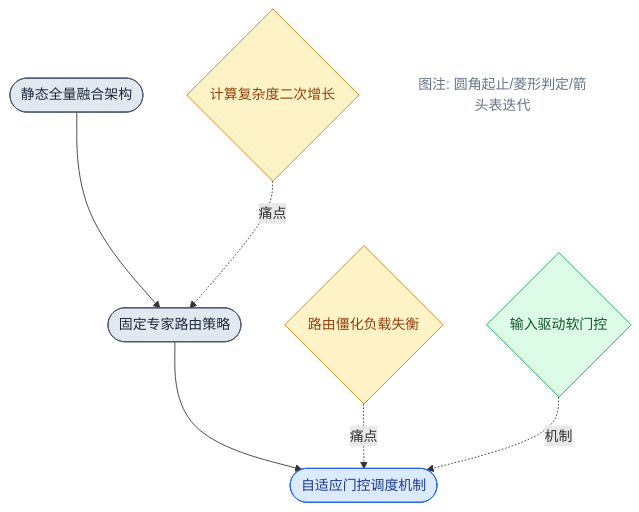
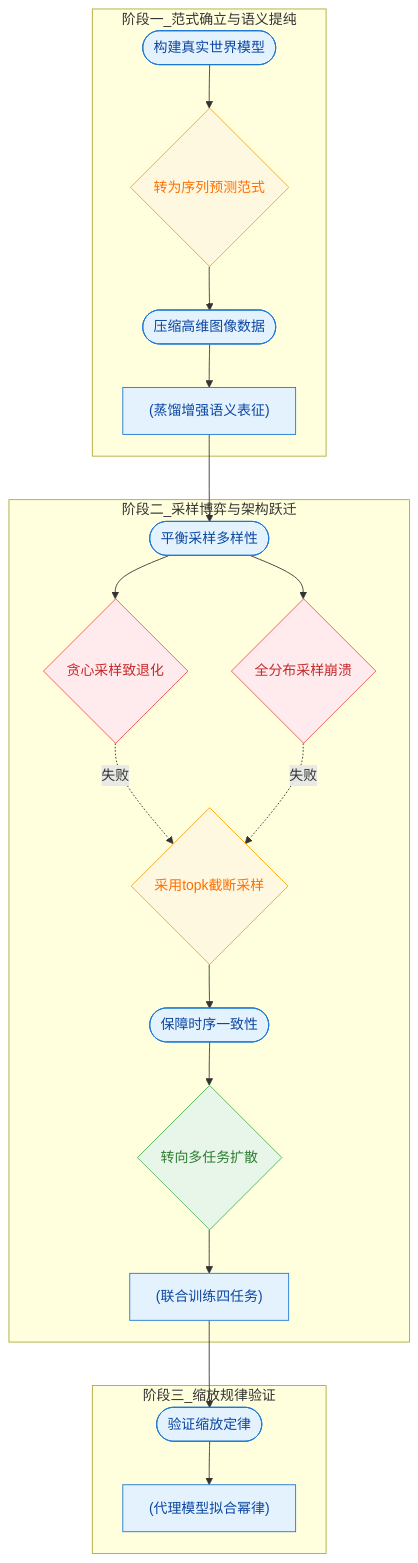
One commit to ShinewineW/paper-rolling changed the eighth of 11 diagrams in person_vault/2026-06-08_GAIA1_2309.17080/report.md. Above: the diagram before and after it, drawn with Mermaid. The commit also changed other lines of this file and 51 other files, not shown here.

````diff
--- a/person_vault/2026-06-08_GAIA1_2309.17080/report.md
+++ b/person_vault/2026-06-08_GAIA1_2309.17080/report.md
@@ -262,16 +468,43 @@
 ```mermaid
 flowchart TD
-    classDef era fill:#e2e8f0,stroke:#475569,color:#1e293b;
-    classDef pain fill:#fef3c7,stroke:#d97706,color:#92400e;
-    classDef sol fill:#dcfce7,stroke:#16a34a,color:#14532d;
-    classDef this fill:#dbeafe,stroke:#2563eb,color:#1e3a8a;
+  classDef q fill:#e3f2fd,color:#0d47a1,stroke:#1976d2
+  classDef d fill:#fff8e1,color:#ff6f00,stroke:#ffa000
+  classDef de fill:#ffebee,color:#c62828,stroke:#ef5350
+  classDef p fill:#e8f5e9,color:#2e7d32,stroke:#4caf50
 
-    start(["静态全量融合架构"]):::era --> static_moe(["固定专家路由策略"]):::era --> adaptive_gate(["自适应门控调度机制"]):::this
+  subgraph 阶段一_范式确立与语义提纯
+    build_world_model(["构建真实世界模型"]):::q
+    seq_pred_paradigm{转为序列预测范式}:::d
+    compress_image_data(["压缩高维图像数据"]):::q
+    dino_distill_semantics["(蒸馏增强语义表征)"]:::q
+  end
 
-    static_fusion_pain{计算复杂度二次增长}:::pain -. 痛点 .-> static_moe
-    static_moe_pain{路由僵化负载失衡}:::pain -. 痛点 .-> adaptive_gate
-    adaptive_gate_mech{输入驱动软门控}:::sol -. 机制 .-> adaptive_gate
+  subgraph 阶段二_采样博弈与架构跃迁
+    balance_sampling_diversity(["平衡采样多样性"]):::q
+    greedy_sampling_fail{贪心采样致退化}:::de
+    full_dist_fail{全分布采样崩溃}:::de
+    topk_truncate_sample{采用topk截断采样}:::d
+    ensure_temporal_consistency(["保障时序一致性"]):::q
+    pivot_multi_task_diffusion{转向多任务扩散}:::p
+    joint_train_four_tasks["(联合训练四任务)"]:::q
+  end
 
-    classDef legend fill:#ffffff,stroke:none,color:#64748b;
-    legend(["图注: 圆角起止/菱形判定/箭头表迭代"]):::legend
+  subgraph 阶段三_缩放规律验证
+    verify_scaling_law(["验证缩放定律"]):::q
+    proxy_fit_power_law["(代理模型拟合幂律)"]:::q
+  end
+
+  build_world_model --> seq_pred_paradigm
+  seq_pred_paradigm --> compress_image_data
+  compress_image_data --> dino_distill_semantics
+  dino_distill_semantics --> balance_sampling_diversity
+  balance_sampling_diversity --> greedy_sampling_fail
+  balance_sampling_diversity --> full_dist_fail
+  greedy_sampling_fail -.失败.-> topk_truncate_sample
+  full_dist_fail -.失败.-> topk_truncate_sample
+  topk_truncate_sample --> ensure_temporal_consistency
+  ensure_temporal_consistency --> pivot_multi_task_diffusion
+  pivot_multi_task_diffusion --> joint_train_four_tasks
+  joint_train_four_tasks --> verify_scaling_law
+  verify_scaling_law --> proxy_fit_power_law
 ```
````
